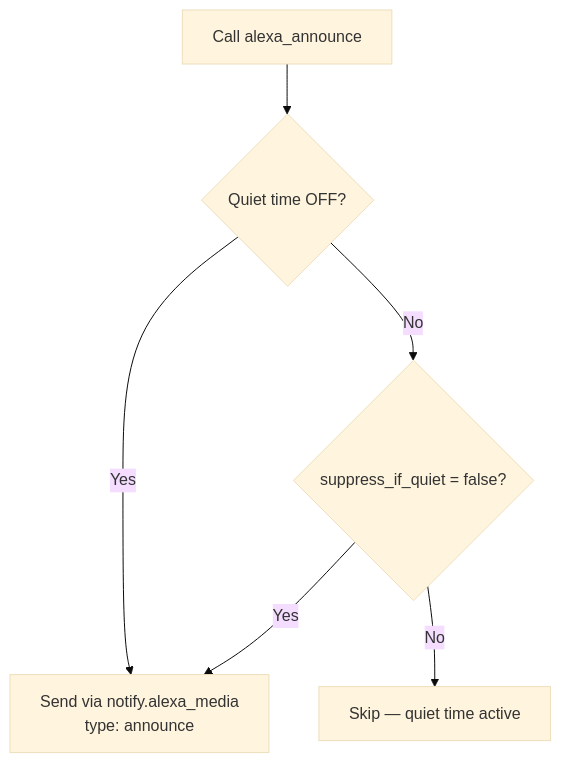
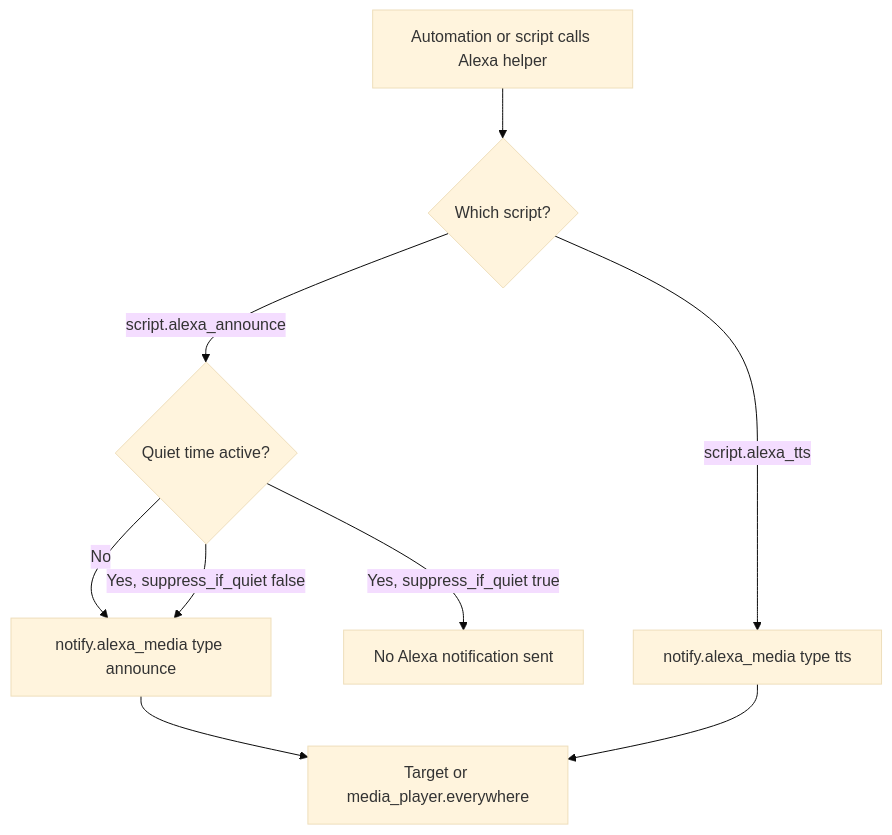
Before and after one commit to dannytsang/homeassistant-config: the diagram in packages/integrations/alexa_README.md, drawn with Mermaid (base theme). The commit also changed other lines of this file and 60 other files, not shown here.

````diff
--- a/packages/integrations/alexa_README.md
+++ b/packages/integrations/alexa_README.md
@@ -29,8 +26,11 @@
 ```mermaid
 flowchart TD
-    A[Call alexa_announce] --> B{Quiet time OFF?}
-    B -->|Yes| C[Send via notify.alexa_media<br/>type: announce]
-    B -->|No| D{suppress_if_quiet = false?}
-    D -->|Yes| C
-    D -->|No| E[Skip — quiet time active]
+    Caller[Automation or script calls Alexa helper] --> Helper{Which script?}
+    Helper -->|script.alexa_announce| Quiet{Quiet time active?}
+    Quiet -->|No| Announce[notify.alexa_media type announce]
+    Quiet -->|Yes, suppress_if_quiet false| Announce
+    Quiet -->|Yes, suppress_if_quiet true| Skip[No Alexa notification sent]
+    Helper -->|script.alexa_tts| TTS[notify.alexa_media type tts]
+    Announce --> Target[Target or media_player.everywhere]
+    TTS --> Target
 ```
````
